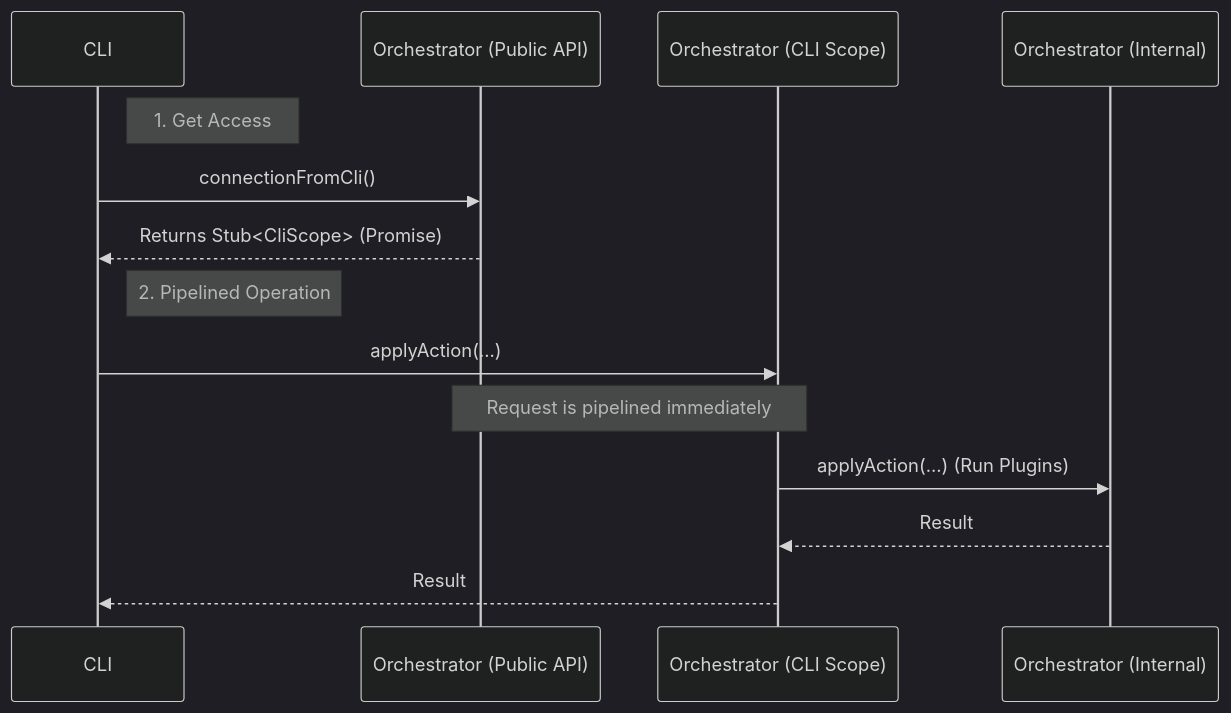
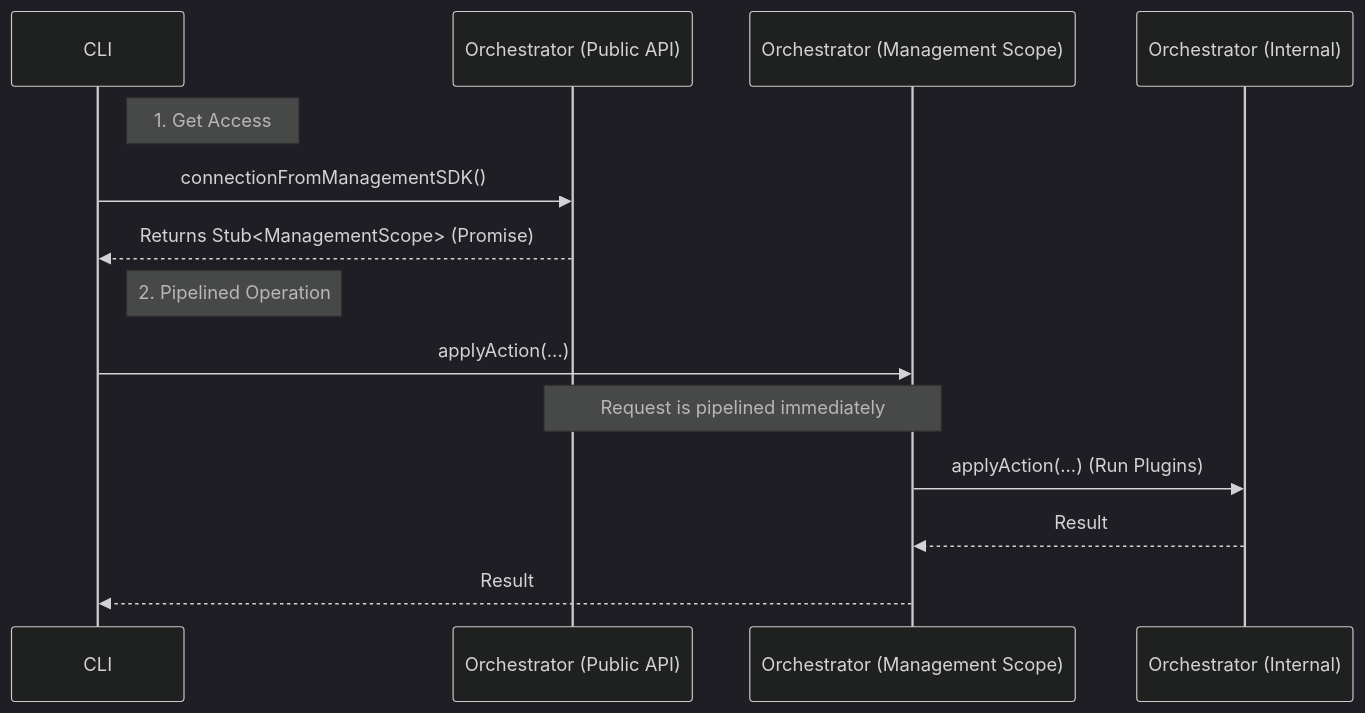
Before and after one commit to orbisoperations/catalyst-router: the second of 5 diagrams in packages/orchestrator/README.md, drawn with Mermaid (dark theme). The commit also changed other lines of this file and 7 other files, not shown here.

Commit message:
fix: rename from cli to management sdk

````diff
--- a/packages/orchestrator/README.md
+++ b/packages/orchestrator/README.md
@@ -178,20 +178,20 @@
 ```mermaid
 sequenceDiagram
     participant CLI
     participant Public as Orchestrator (Public API)
-    participant CliScope as Orchestrator (CLI Scope)
+    participant MgmtScope as Orchestrator (Management Scope)
     participant Private as Orchestrator (Internal)
 
     Note right of CLI: 1. Get Access
-    CLI->>Public: connectionFromCli()
-    Public-->>CLI: Returns Stub<CliScope> (Promise)
+    CLI->>Public: connectionFromManagementSDK()
+    Public-->>CLI: Returns Stub<ManagementScope> (Promise)
 
     Note right of CLI: 2. Pipelined Operation
-    CLI->>CliScope: applyAction(...)
+    CLI->>MgmtScope: applyAction(...)
     
-    Note over Public, CliScope: Request is pipelined immediately
+    Note over Public, MgmtScope: Request is pipelined immediately
 
-    CliScope->>Private: applyAction(...) (Run Plugins)
-    Private-->>CliScope: Result
-    CliScope-->>CLI: Result
+    MgmtScope->>Private: applyAction(...) (Run Plugins)
+    Private-->>MgmtScope: Result
+    MgmtScope-->>CLI: Result
 ```
````
